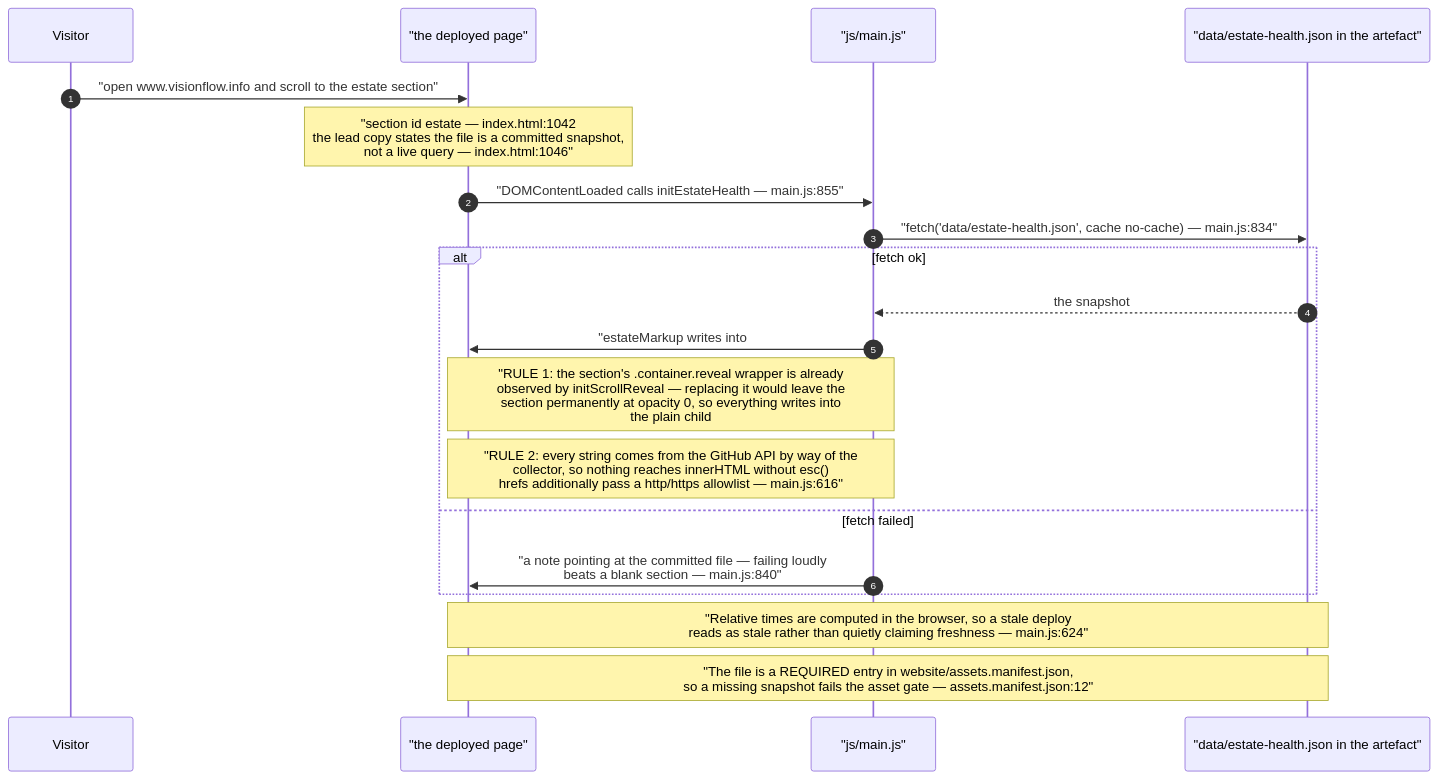
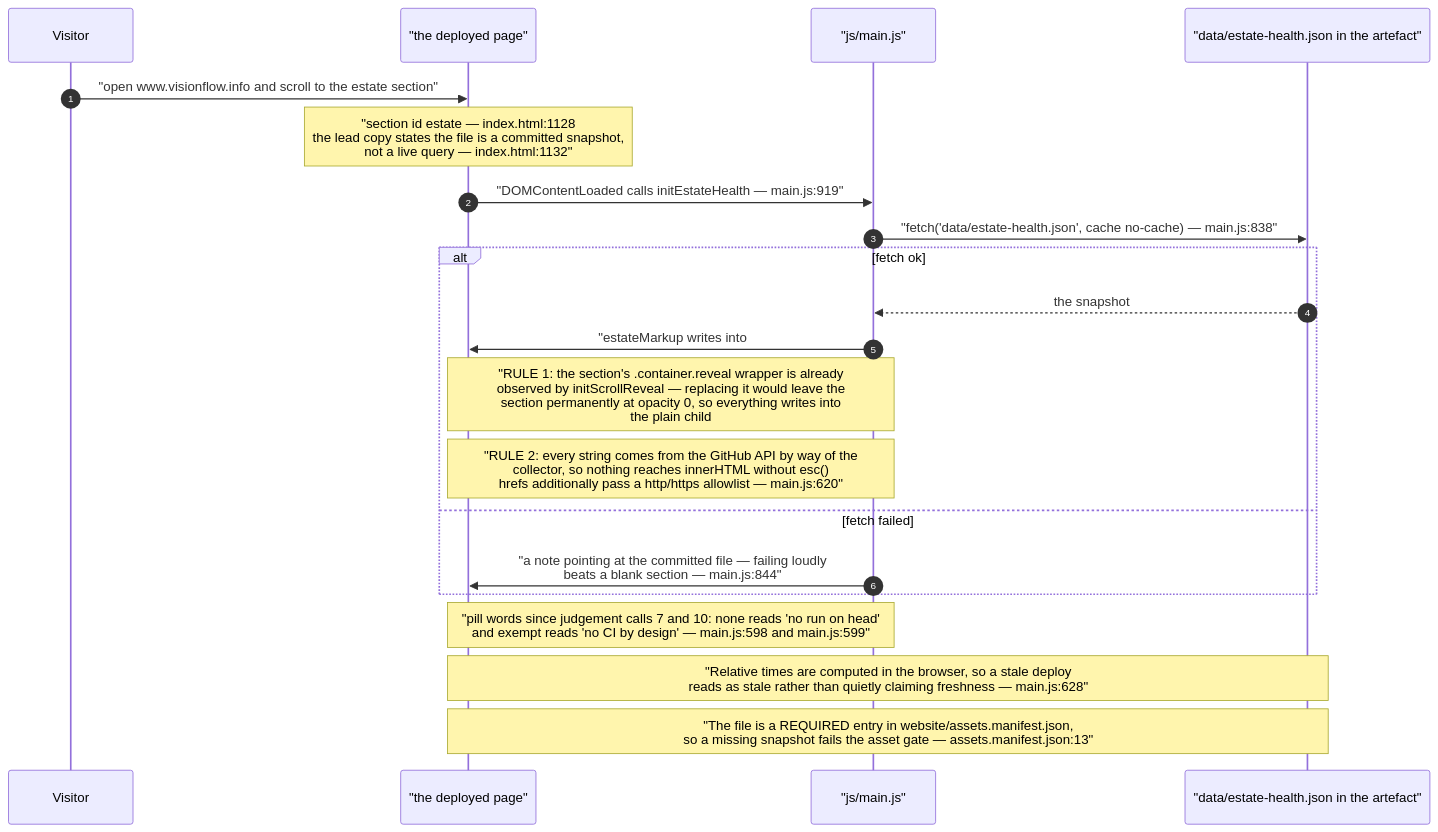
The eighth of 9 diagrams in docs/diagrams/visionflow/03-estate-health.md (DreamLab-AI/VisionFlow), drawn with Mermaid before and after one commit. The commit also changed other lines of this file and 94 other files, not shown here.

First line of the commit message:
docs(diagrams): re-verify 130 topics against 2 October HEADs

````diff
--- a/docs/diagrams/visionflow/03-estate-health.md
+++ b/docs/diagrams/visionflow/03-estate-health.md
@@ -224,23 +247,24 @@
 ```mermaid
 sequenceDiagram
     autonumber
     participant V as Visitor
     participant P as "the deployed page"
     participant M as "js/main.js"
     participant F as "data/estate-health.json in the artefact"
 
     V->>P: "open www.visionflow.info and scroll to the estate section"
-    Note over P: "section id estate — index.html:1042<br/>the lead copy states the file is a committed snapshot,<br/>not a live query — index.html:1046"
-    P->>M: "DOMContentLoaded calls initEstateHealth — main.js:855"
-    M->>F: "fetch('data/estate-health.json', cache no-cache) — main.js:834"
+    Note over P: "section id estate — index.html:1128<br/>the lead copy states the file is a committed snapshot,<br/>not a live query — index.html:1132"
+    P->>M: "DOMContentLoaded calls initEstateHealth — main.js:919"
+    M->>F: "fetch('data/estate-health.json', cache no-cache) — main.js:838"
     alt fetch ok
         F-->>M: the snapshot
-        M->>P: "estateMarkup writes into #estate-body — main.js:837"
-        Note over M,P: "RULE 1: the section's .container.reveal wrapper is already<br/>observed by initScrollReveal — replacing it would leave the<br/>section permanently at opacity 0, so everything writes into<br/>the plain child #estate-body — main.js:584"
-        Note over M,P: "RULE 2: every string comes from the GitHub API by way of the<br/>collector, so nothing reaches innerHTML without esc()<br/>hrefs additionally pass a http/https allowlist — main.js:616"
+        M->>P: "estateMarkup writes into #estate-body — main.js:841"
+        Note over M,P: "RULE 1: the section's .container.reveal wrapper is already<br/>observed by initScrollReveal — replacing it would leave the<br/>section permanently at opacity 0, so everything writes into<br/>the plain child #estate-body — main.js:587"
+        Note over M,P: "RULE 2: every string comes from the GitHub API by way of the<br/>collector, so nothing reaches innerHTML without esc()<br/>hrefs additionally pass a http/https allowlist — main.js:620"
     else fetch failed
-        M->>P: "a note pointing at the committed file — failing loudly<br/>beats a blank section — main.js:840"
+        M->>P: "a note pointing at the committed file — failing loudly<br/>beats a blank section — main.js:844"
     end
-    Note over P,F: "Relative times are computed in the browser, so a stale deploy<br/>reads as stale rather than quietly claiming freshness — main.js:624"
-    Note over P,F: "The file is a REQUIRED entry in website/assets.manifest.json,<br/>so a missing snapshot fails the asset gate — assets.manifest.json:12"
+    Note over M,P: "pill words since judgement calls 7 and 10: none reads 'no run on head'<br/>and exempt reads 'no CI by design' — main.js:598 and main.js:599"
+    Note over P,F: "Relative times are computed in the browser, so a stale deploy<br/>reads as stale rather than quietly claiming freshness — main.js:628"
+    Note over P,F: "The file is a REQUIRED entry in website/assets.manifest.json,<br/>so a missing snapshot fails the asset gate — assets.manifest.json:13"
 ```
````
